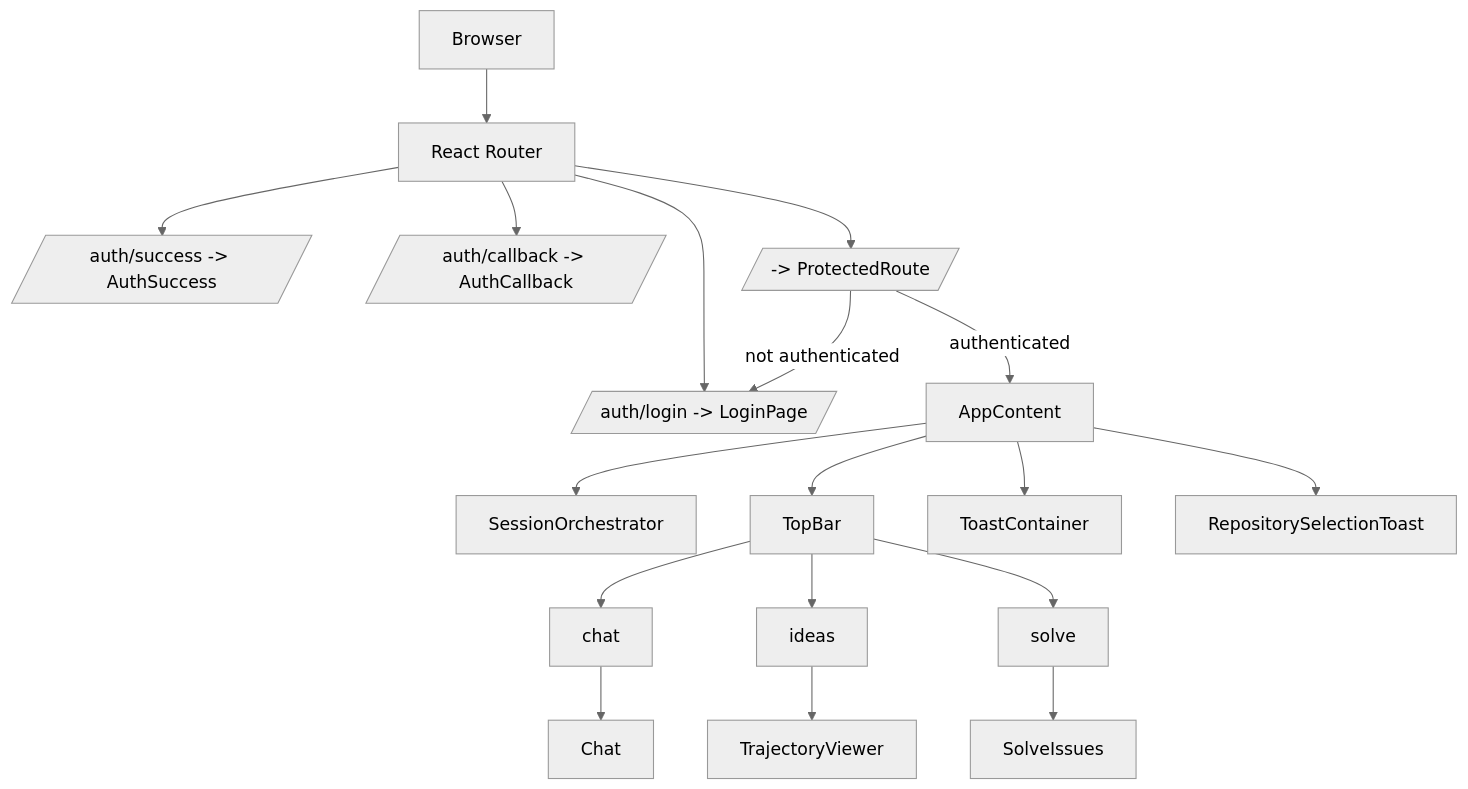
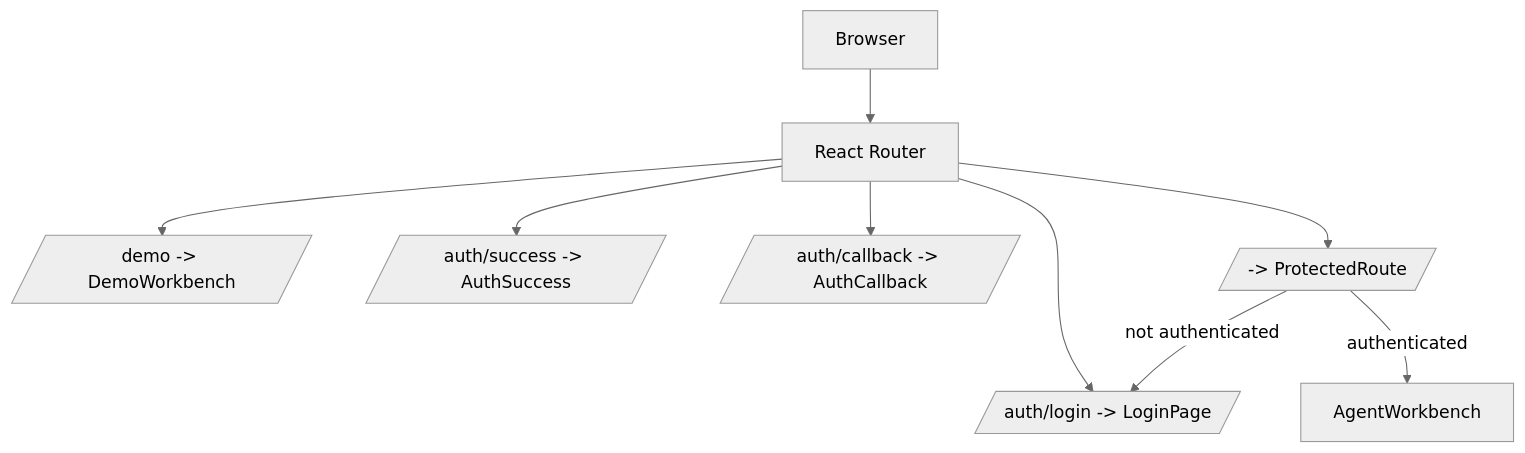
Before and after one commit to pranay5255/YudaiV3: the first of 3 diagrams in docs/frontend-architecture.md, drawn with Mermaid (neutral theme). The commit also changed other lines of this file, not shown here.

Commit message:
docs(frontend): refresh frontend architecture guide

````diff
--- a/docs/frontend-architecture.md
+++ b/docs/frontend-architecture.md
@@ -17,25 +44,13 @@
 ```mermaid
 flowchart TD
     Browser[Browser] --> Router[React Router]
 
     Router --> Login[/auth/login -> LoginPage/]
+    Router --> Demo[/demo -> DemoWorkbench/]
     Router --> Success[/auth/success -> AuthSuccess/]
     Router --> Callback[/auth/callback -> AuthCallback/]
     Router --> Root[/ -> ProtectedRoute/]
 
-    Root -->|authenticated| AppContent
+    Root -->|authenticated| AgentWorkbench
     Root -->|not authenticated| Login
-
-    AppContent --> SessionOrchestrator
-    AppContent --> TopBar
-    AppContent --> ToastContainer
-    AppContent --> RepositorySelectionToast
-
-    TopBar --> ChatTab[chat]
-    TopBar --> IdeasTab[ideas]
-    TopBar --> SolveTab[solve]
-
-    ChatTab --> Chat
-    IdeasTab --> TrajectoryViewer
-    SolveTab --> SolveIssues
 ```
````
